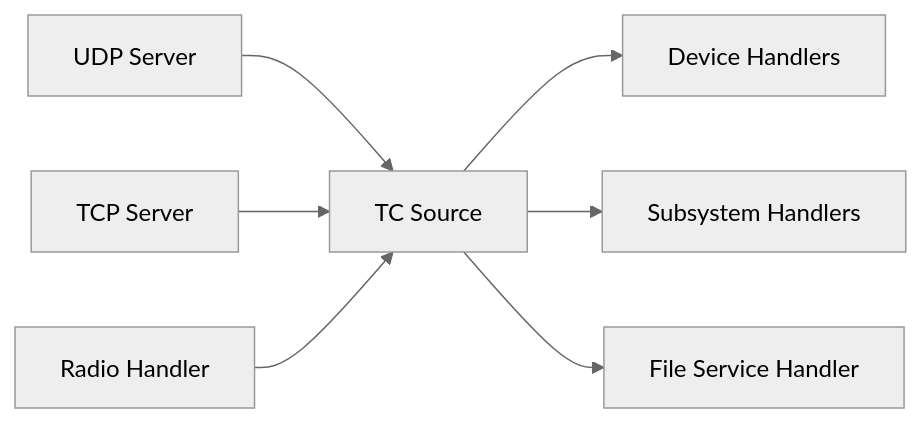
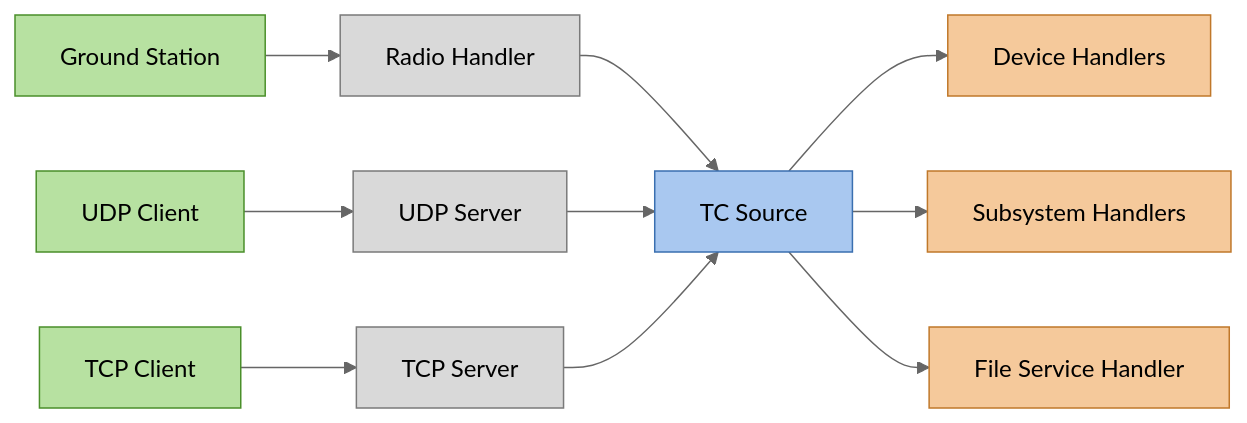
The second of 2 diagrams in satrs-book/src/communication.md (ustgt-irs/sat-rs), drawn with Mermaid (neutral theme) before and after one commit. The commit also changed other lines of this file and 9 other files, not shown here.

````diff
--- a/satrs-book/src/communication.md
+++ b/satrs-book/src/communication.md
@@ -56,9 +75,17 @@
 ```mermaid
 flowchart LR
-    Udp[UDP Server] --> Source[TC Source]
-    Tcp[TCP Server] --> Source
-    Radio[Radio Handler] --> Source
+    Station[Ground Station] --> Radio[Radio Handler] --> Source[TC Source]
+    UdpClient[UDP Client] --> Udp[UDP Server] --> Source
+    TcpClient[TCP Client] --> Tcp[TCP Server] --> Source
     Source --> Dev[Device Handlers]
     Source --> Sub[Subsystem Handlers]
     Source --> File[File Service Handler]
+    classDef creator fill:#b7e1a1,stroke:#4a8f2a,color:#000
+    classDef hub fill:#a9c8f0,stroke:#3a6fb0,color:#000
+    classDef transport fill:#d9d9d9,stroke:#7a7a7a,color:#000
+    classDef recipient fill:#f5c99b,stroke:#c0782a,color:#000
+    class Station,UdpClient,TcpClient creator
+    class Source hub
+    class Radio,Udp,Tcp transport
+    class Dev,Sub,File recipient
 ```
````
